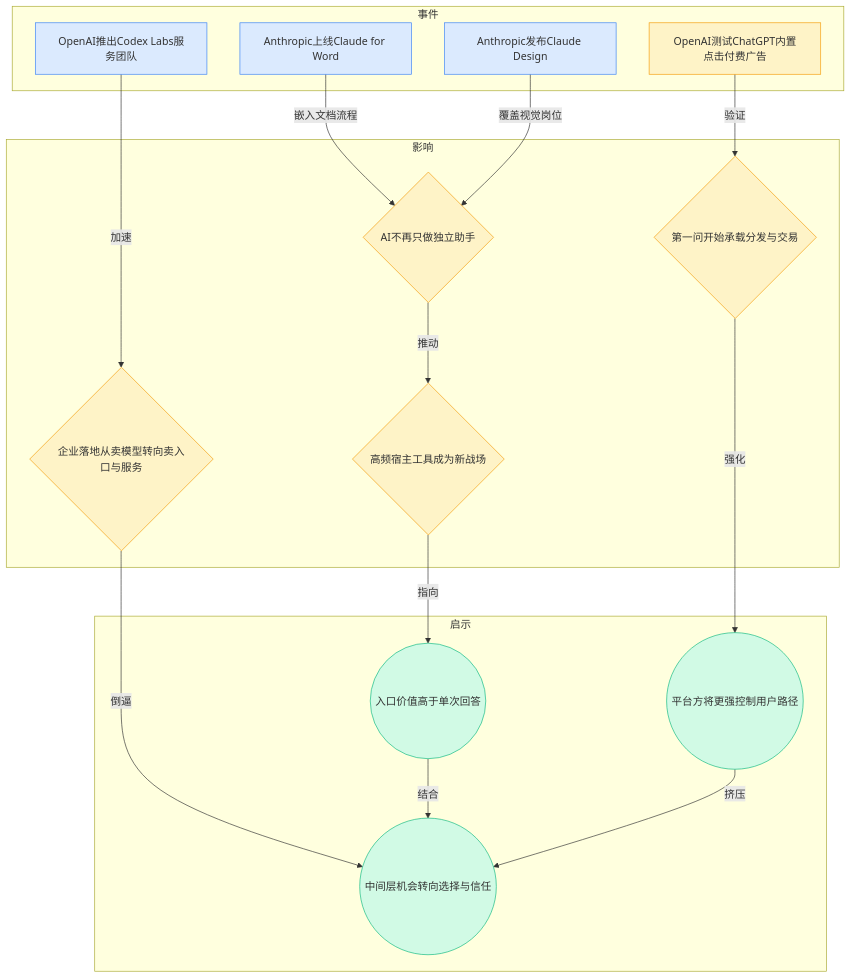
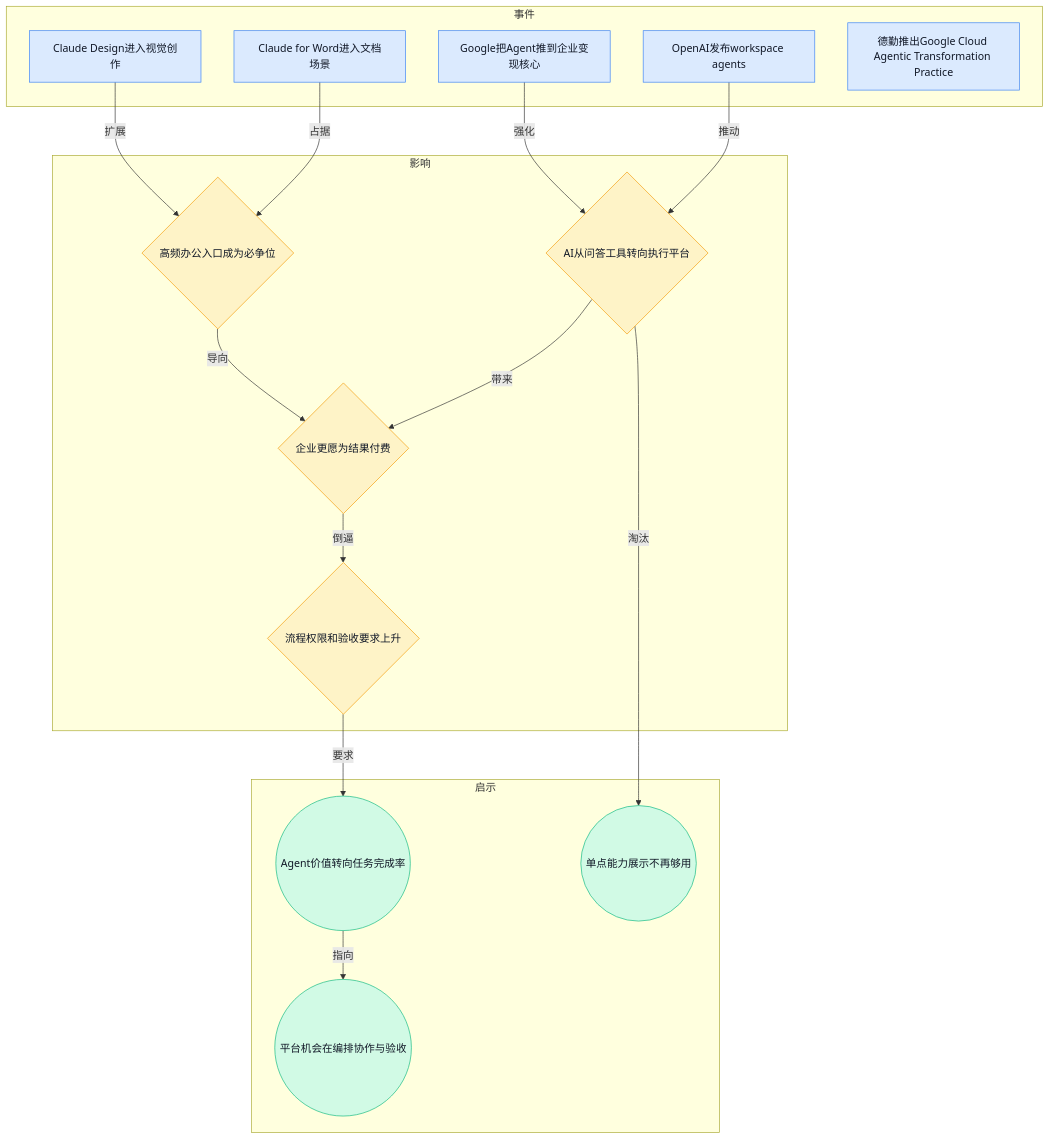
The second of 8 diagrams in content/cn/blog/weekly/2026-W17.md (ylzsdafei/ai-daily-site), drawn with Mermaid before and after one commit. The commit also changed other lines of this file and 1 other file, not shown here.

````diff
--- a/content/cn/blog/weekly/2026-W17.md
+++ b/content/cn/blog/weekly/2026-W17.md
@@ -34,37 +36,37 @@
 ```mermaid
 graph TD
 subgraph 事件
-A[Anthropic上线Claude for Word]
-B[Anthropic发布Claude Design]
-C[OpenAI测试ChatGPT内置点击付费广告]
-D[OpenAI推出Codex Labs服务团队]
+A[OpenAI发布workspace agents]
+B[Google把Agent推到企业变现核心]
+C[Claude for Word进入文档场景]
+D[Claude Design进入视觉创作]
+E[德勤推出Google Cloud Agentic Transformation Practice]
 end
 subgraph 影响
-E{AI不再只做独立助手}
-F{高频宿主工具成为新战场}
-G{第一问开始承载分发与交易}
-H{企业落地从卖模型转向卖入口与服务}
+F{AI从问答工具转向执行平台}
+G{高频办公入口成为必争位}
+H{企业更愿为结果付费}
+I{流程权限和验收要求上升}
 end
 subgraph 启示
-I((入口价值高于单次回答))
-J((平台方将更强控制用户路径))
-K((中间层机会转向选择与信任))
+J((Agent价值转向任务完成率))
+K((平台机会在编排协作与验收))
+L((单点能力展示不再够用))
 end
-A -->|嵌入文档流程| E
-B -->|覆盖视觉岗位| E
-E -->|推动| F
-C -->|验证| G
-D -->|加速| H
-F -->|指向| I
-G -->|强化| J
-H -->|倒逼| K
-I -->|结合| K
-J -->|挤压| K
-classDef blue fill:#dbeafe,stroke:#3b82f6
-classDef yellow fill:#fef3c7,stroke:#f59e0b
-classDef green fill:#d1fae5,stroke:#10b981
-class A,B,D blue
-class C yellow
-class E,F,G,H yellow
-class I,J,K green
+A -->|推动| F
+B -->|强化| F
+C -->|占据| G
+D -->|扩展| G
+F -->|带来| H
+G -->|导向| H
+H -->|倒逼| I
+I -->|要求| J
+J -->|指向| K
+F -->|淘汰| L
+classDef blue fill:#dbeafe,stroke:#3b82f6,color:#111827
+classDef yellow fill:#fef3c7,stroke:#f59e0b,color:#111827
+classDef green fill:#d1fae5,stroke:#10b981,color:#111827
+class A,B,C,D,E blue
+class F,G,H,I yellow
+class J,K,L green
 ```
````
